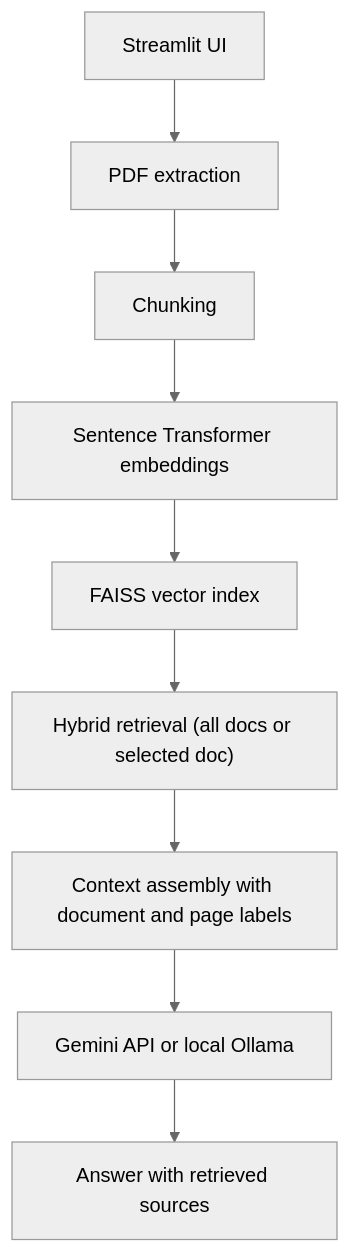
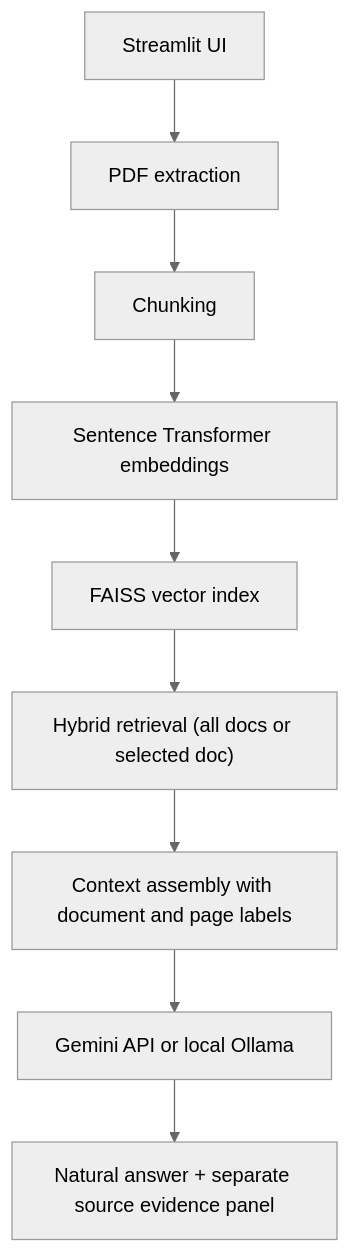
The diagram in README.md (MirMehdi05/ai-document-intelligence), drawn with Mermaid (neutral theme) before and after one commit. The commit also changed other lines of this file and 3 other files, not shown here.

First line of the commit message:
Polish grounded answers and source evidence (#9)

````diff
--- a/README.md
+++ b/README.md
@@ -25,11 +27,11 @@
 ```mermaid
 flowchart TD
     A["Streamlit UI"] --> B["PDF extraction"]
     B --> C["Chunking"]
     C --> D["Sentence Transformer embeddings"]
     D --> E["FAISS vector index"]
     E --> F["Hybrid retrieval (all docs or selected doc)"]
     F --> G["Context assembly with document and page labels"]
     G --> H["Gemini API or local Ollama"]
-    H --> I["Answer with retrieved sources"]
+    H --> I["Natural answer + separate source evidence panel"]
 ```
````
